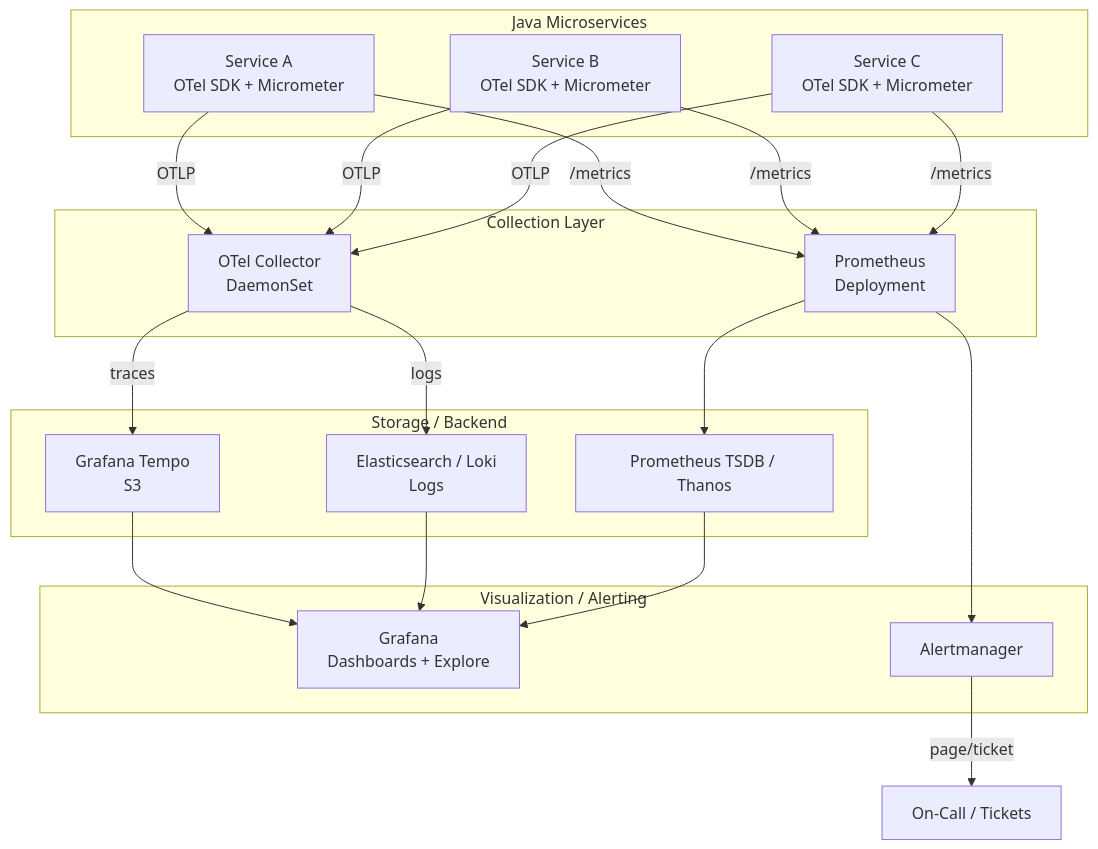
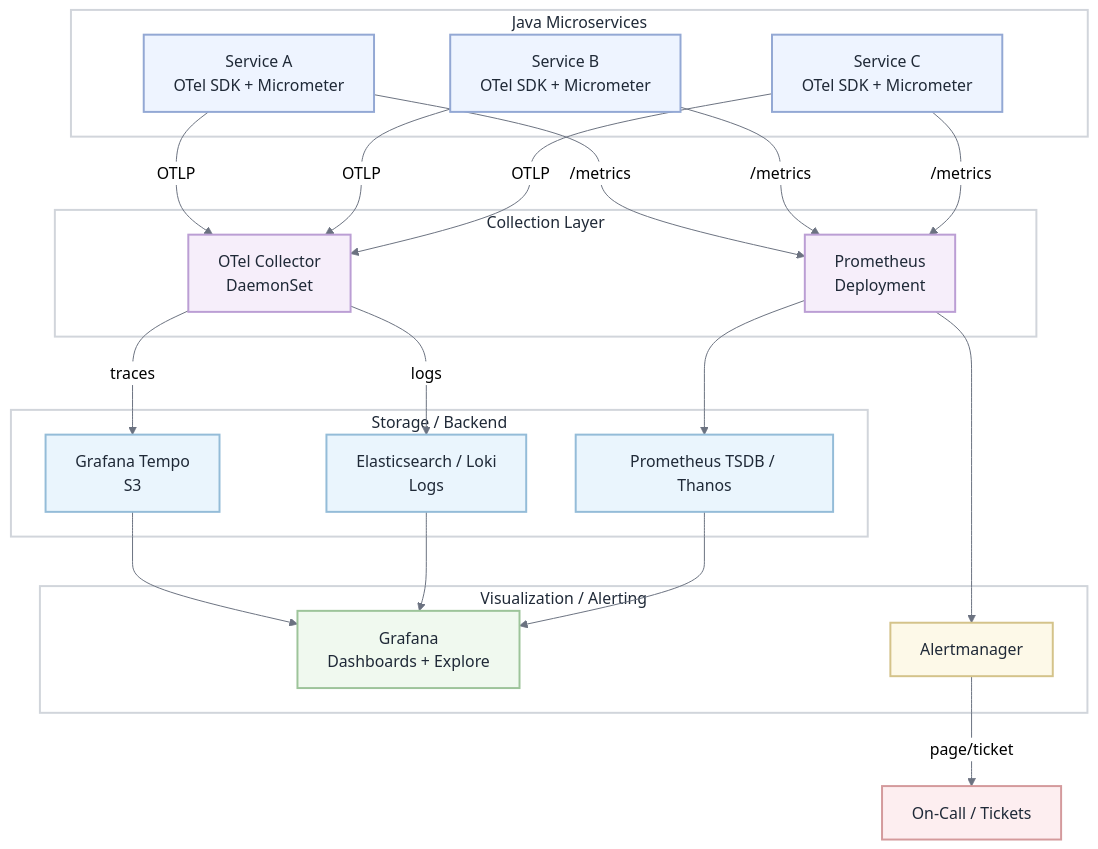
Before and after one commit to MishaSytch/middle_java_back: the third of 3 diagrams in docs/interview/observability-monitoring.md, drawn with Mermaid. The commit also changed other lines of this file and 15 other files, not shown here.

````diff
--- a/docs/interview/observability-monitoring.md
+++ b/docs/interview/observability-monitoring.md
@@ -735,41 +762,65 @@
 ```mermaid
+%%{init: { 'theme': 'neutral', 'themeVariables': { 'primaryColor': '#ffffff', 'primaryTextColor': '#1f2937', 'lineColor': '#6b7280', 'primaryBorderColor': '#d1d5db', 'secondaryColor': '#f3f4f6', 'tertiaryColor': '#e5e7eb' } } }%%
 flowchart TB
     subgraph Services["Java Microservices"]
         S1["Service A<br/>OTel SDK + Micrometer"]
         S2["Service B<br/>OTel SDK + Micrometer"]
         S3["Service C<br/>OTel SDK + Micrometer"]
     end
 
     subgraph Collection["Collection Layer"]
         OC["OTel Collector<br/>DaemonSet"]
         Prom["Prometheus<br/>Deployment"]
     end
 
     subgraph Storage["Storage / Backend"]
         Tempo["Grafana Tempo<br/>S3"]
         ES["Elasticsearch / Loki<br/>Logs"]
         TSDB["Prometheus TSDB / Thanos"]
     end
 
     subgraph Visualization["Visualization / Alerting"]
         Grafana["Grafana<br/>Dashboards + Explore"]
         AM["Alertmanager"]
     end
 
     S1 -->|"OTLP"| OC
     S2 -->|"OTLP"| OC
     S3 -->|"OTLP"| OC
     S1 -->|"/metrics"| Prom
     S2 -->|"/metrics"| Prom
     S3 -->|"/metrics"| Prom
 
     OC -->|"traces"| Tempo
     OC -->|"logs"| ES
     Prom --> TSDB
 
     Tempo --> Grafana
     ES --> Grafana
     TSDB --> Grafana
     Prom --> AM
     AM -->|"page/ticket"| OnCall["On-Call / Tickets"]
+    classDef n0 fill:#eef4ff,stroke:#93a8d4,stroke-width:2px,color:#1f2937
+    classDef n1 fill:#f6eefa,stroke:#bb9ed4,stroke-width:2px,color:#1f2937
+    classDef n2 fill:#eaf5fd,stroke:#94bcd8,stroke-width:2px,color:#1f2937
+    classDef n3 fill:#f0f9ef,stroke:#9dc49a,stroke-width:2px,color:#1f2937
+    classDef n4 fill:#fdf9e8,stroke:#d4c38a,stroke-width:2px,color:#1f2937
+    classDef n5 fill:#fdeef0,stroke:#d49a9c,stroke-width:2px,color:#1f2937
+    classDef n6 fill:#fbeaf3,stroke:#cf9fc2,stroke-width:2px,color:#1f2937
+    classDef n7 fill:#ffffff,stroke:#d1d5db,stroke-width:2px,color:#1f2937
+    class S1 n0
+    class S2 n0
+    class S3 n0
+    class OC n1
+    class Prom n1
+    class Tempo n2
+    class ES n2
+    class TSDB n2
+    class Grafana n3
+    class AM n4
+    class OnCall n5
+    class Services n7
+    class Collection n7
+    class Storage n7
+    class Visualization n7
 ```
````
